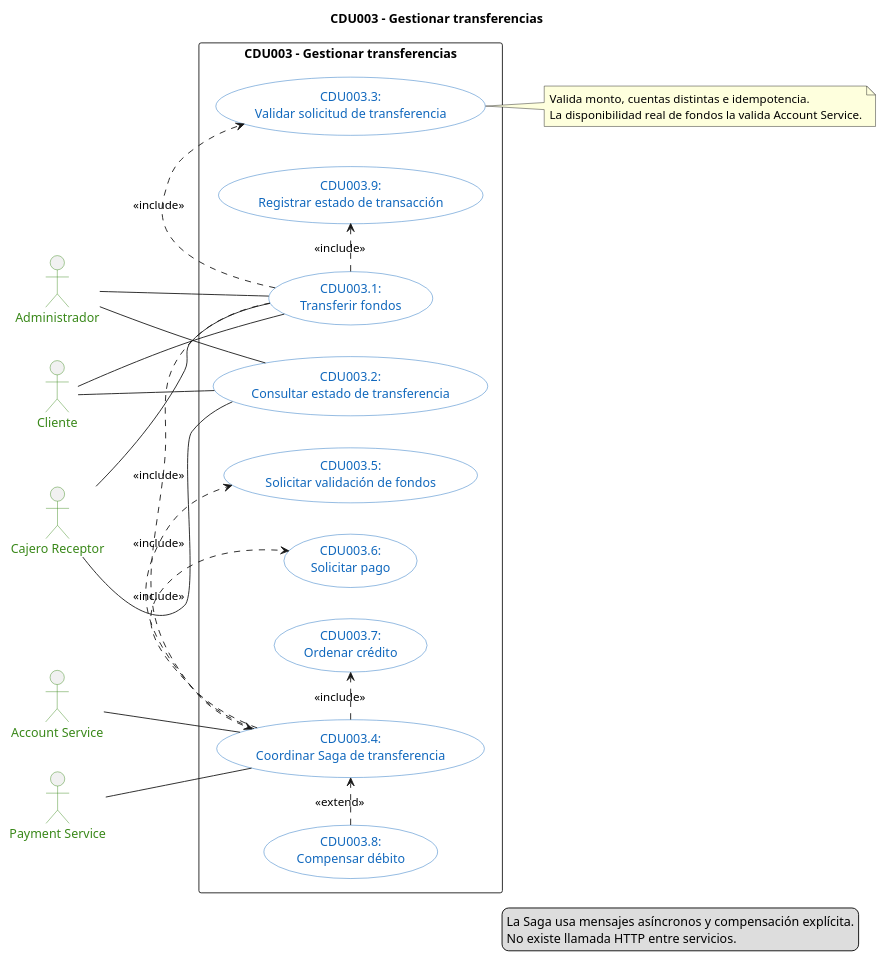
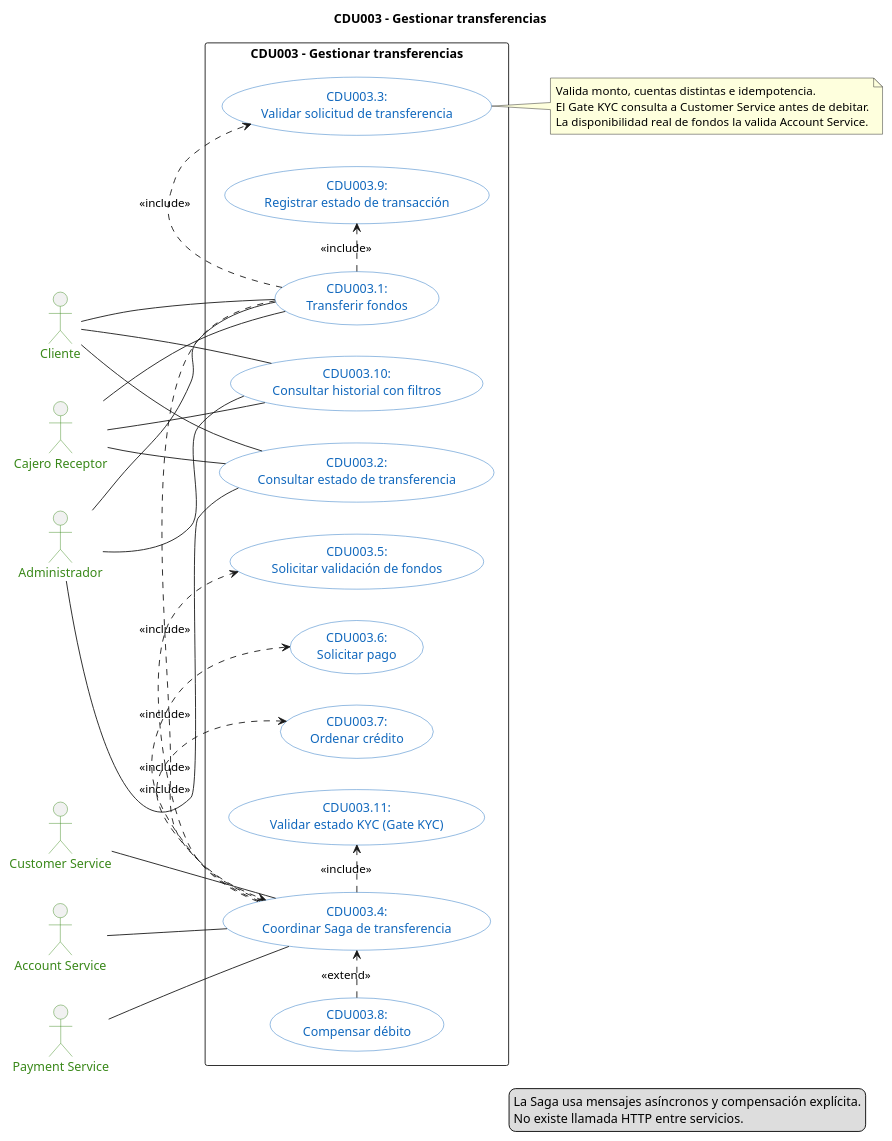
One commit to marcosbondel/Proyecto-SA-B-2 changed the diagram in docs/architecture/diagrams/cdu/transaction/transaction-casos-de-uso.puml. Above: the diagram before and after it, drawn with PlantUML. The commit also changed 18 other files, not shown here.

Commit message:
docs: add architecture and use case diagrams in PlantUML and PNG formats

```diff
--- a/docs/architecture/diagrams/cdu/transaction/transaction-casos-de-uso.puml
+++ b/docs/architecture/diagrams/cdu/transaction/transaction-casos-de-uso.puml
@@ -1,62 +1,71 @@
 @startuml transaction-casos-de-uso
 left to right direction
 
 title CDU003 - Gestionar transferencias
 
 skinparam shadowing false
 skinparam packageStyle rectangle
 skinparam usecase {
     BackgroundColor #FFFFFF
     BorderColor #1168BD
     FontColor #1168BD
 }
 skinparam actor {
     BorderColor #398819
     FontColor #398819
 }
 
 actor "Cliente" as actor_transaction_customer
 actor "Cajero Receptor" as actor_transaction_teller
 actor "Administrador" as actor_transaction_admin
+actor "Customer Service" as actor_transaction_customer_svc
 actor "Account Service" as actor_transaction_account
 actor "Payment Service" as actor_transaction_payment
 
 rectangle "CDU003 - Gestionar transferencias" as system_transaction {
     usecase "CDU003.1:\nTransferir fondos" as uc_transaction_transfer
     usecase "CDU003.2:\nConsultar estado de transferencia" as uc_transaction_status
     usecase "CDU003.3:\nValidar solicitud de transferencia" as uc_transaction_validate
     usecase "CDU003.4:\nCoordinar Saga de transferencia" as uc_transaction_saga
     usecase "CDU003.5:\nSolicitar validación de fondos" as uc_transaction_request_funds
     usecase "CDU003.6:\nSolicitar pago" as uc_transaction_request_payment
     usecase "CDU003.7:\nOrdenar crédito" as uc_transaction_request_credit
     usecase "CDU003.8:\nCompensar débito" as uc_transaction_compensate
     usecase "CDU003.9:\nRegistrar estado de transacción" as uc_transaction_record
+    usecase "CDU003.10:\nConsultar historial con filtros" as uc_transaction_history
+    usecase "CDU003.11:\nValidar estado KYC (Gate KYC)" as uc_transaction_kyc
 }
 
 actor_transaction_customer -- uc_transaction_transfer
 actor_transaction_customer -- uc_transaction_status
+actor_transaction_customer -- uc_transaction_history
 actor_transaction_teller -- uc_transaction_transfer
 actor_transaction_teller -- uc_transaction_status
+actor_transaction_teller -- uc_transaction_history
 actor_transaction_admin -- uc_transaction_transfer
 actor_transaction_admin -- uc_transaction_status
+actor_transaction_admin -- uc_transaction_history
+actor_transaction_customer_svc -- uc_transaction_saga
 actor_transaction_account -- uc_transaction_saga
 actor_transaction_payment -- uc_transaction_saga
 
 uc_transaction_transfer .> uc_transaction_validate : <<include>>
 uc_transaction_transfer .> uc_transaction_saga : <<include>>
 uc_transaction_transfer .> uc_transaction_record : <<include>>
+uc_transaction_saga .> uc_transaction_kyc : <<include>>
 uc_transaction_saga .> uc_transaction_request_funds : <<include>>
 uc_transaction_saga .> uc_transaction_request_payment : <<include>>
 uc_transaction_saga .> uc_transaction_request_credit : <<include>>
 uc_transaction_compensate .> uc_transaction_saga : <<extend>>
 
 note right of uc_transaction_validate
     Valida monto, cuentas distintas e idempotencia.
+    El Gate KYC consulta a Customer Service antes de debitar.
     La disponibilidad real de fondos la valida Account Service.
 end note
 
 legend right
     La Saga usa mensajes asíncronos y compensación explícita.
     No existe llamada HTTP entre servicios.
 endlegend
 @enduml
```
